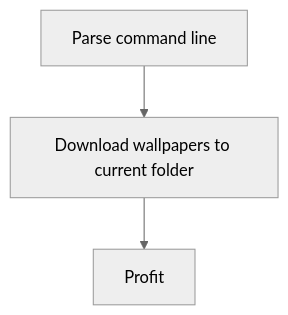
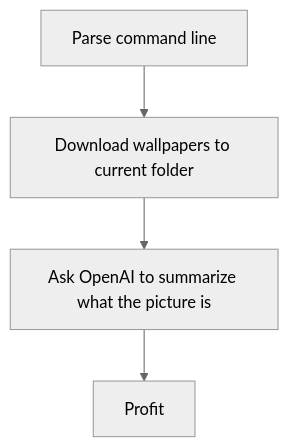
Before and after one commit to LaurentDumont/wallpaper-finder: the first of 2 diagrams in README.md, drawn with Mermaid (neutral theme). The commit also changed other lines of this file, not shown here.

Commit message:
Change readme mermaid diagram

````diff
--- a/README.md
+++ b/README.md
@@ -2,5 +2,6 @@
 ```mermaid
 graph TD;
   A[Parse command line]-->B;
-  B[Download wallpapers to current folder] -->C[Profit]
+  B[Download wallpapers to current folder] -->C[Ask OpenAI to summarize what the picture is]
+  C --> D[Profit]
 ```
````
